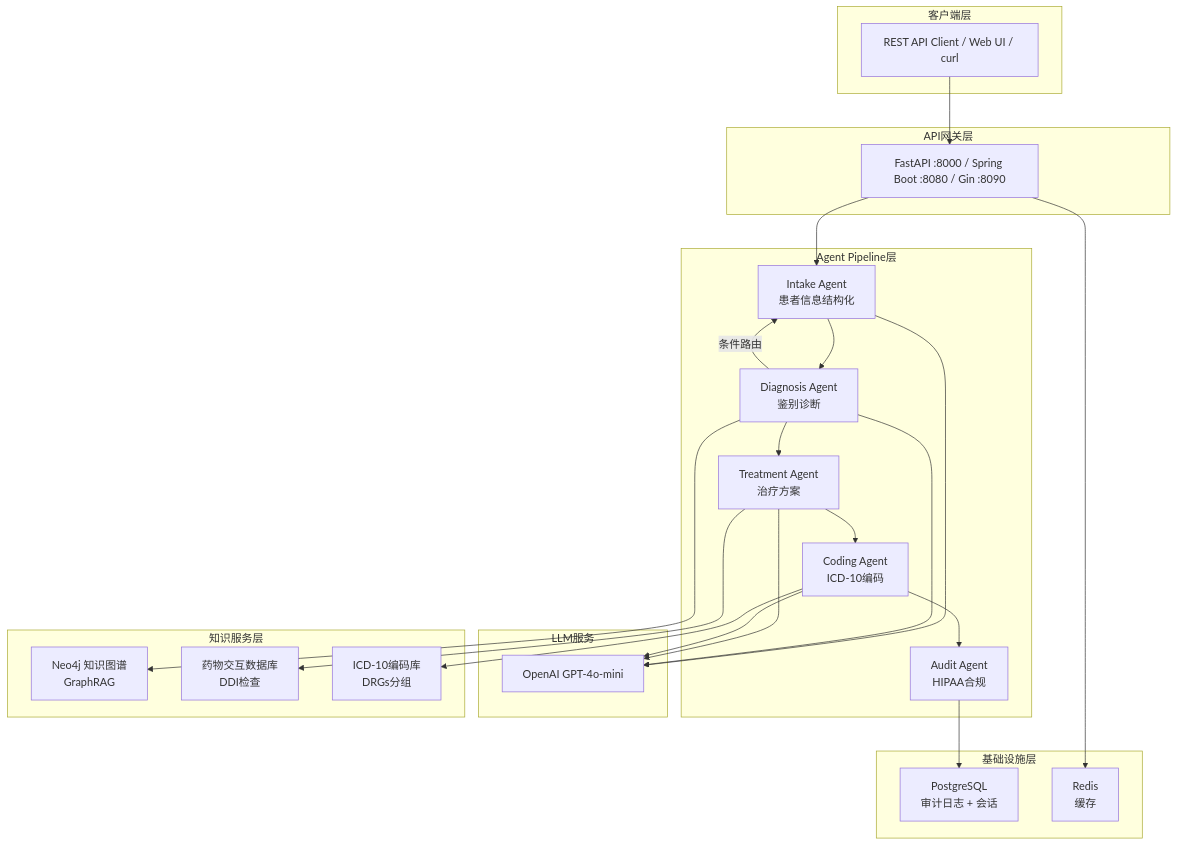
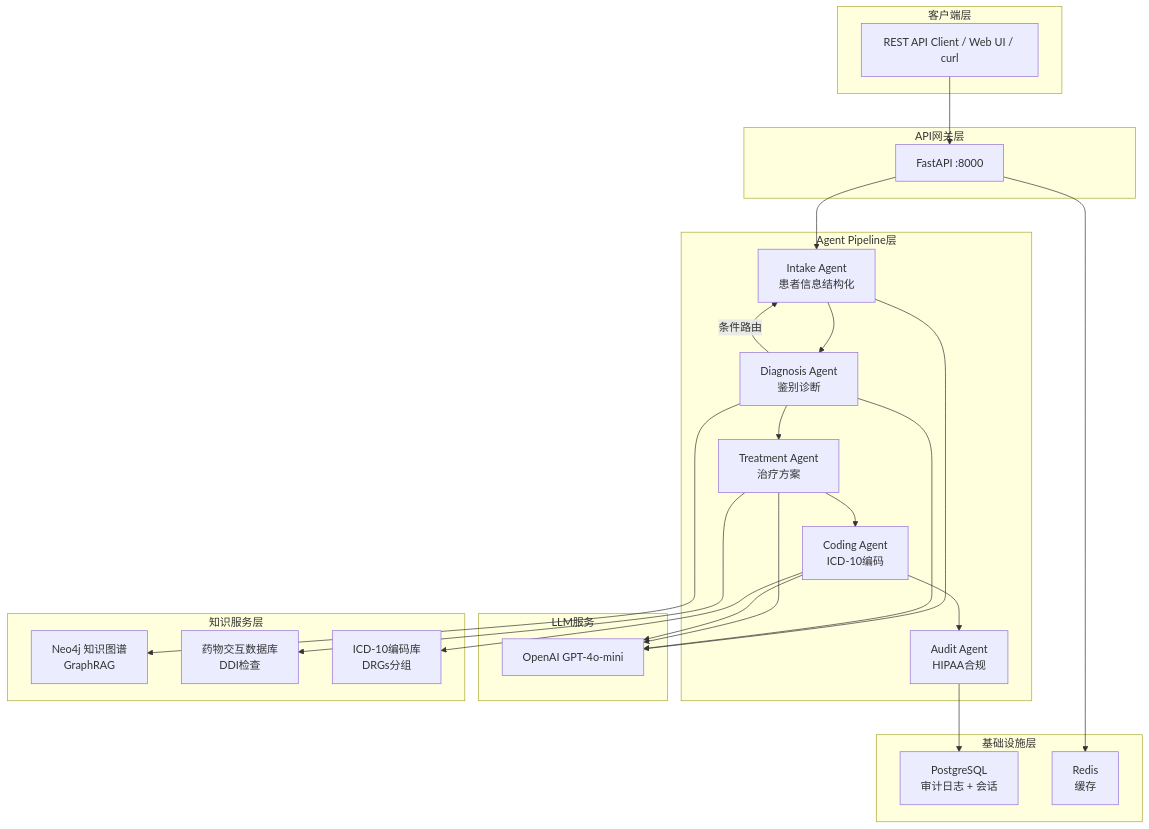
Before and after one commit to HenryVarro666/Medical-Multi-Agent-System: the diagram in docs/02-架构设计详解.md, drawn with Mermaid. The commit also changed other lines of this file and 33 other files, not shown here.

First line of the commit message:
Wire GraphRAG/DDI into pipeline, add retry guard + eval harness; run eval on local vLLM

````diff
--- a/docs/02-架构设计详解.md
+++ b/docs/02-架构设计详解.md
@@ -21,52 +20,52 @@
 ```mermaid
 graph TB
     subgraph "客户端层"
         A[REST API Client / Web UI / curl]
     end
 
     subgraph "API网关层"
-        B[FastAPI :8000 / Spring Boot :8080 / Gin :8090]
+        B[FastAPI :8000]
     end
 
     subgraph "Agent Pipeline层"
         IA[Intake Agent<br/>患者信息结构化]
         DA[Diagnosis Agent<br/>鉴别诊断]
         TA[Treatment Agent<br/>治疗方案]
         CA[Coding Agent<br/>ICD-10编码]
         AA[Audit Agent<br/>HIPAA合规]
     end
 
     subgraph "LLM服务"
         LLM[OpenAI GPT-4o-mini]
     end
 
     subgraph "知识服务层"
         NEO[Neo4j 知识图谱<br/>GraphRAG]
         DDI[药物交互数据库<br/>DDI检查]
         ICD[ICD-10编码库<br/>DRGs分组]
     end
 
     subgraph "基础设施层"
         PG[PostgreSQL<br/>审计日志 + 会话]
         RD[Redis<br/>缓存]
     end
 
     A --> B
     B --> IA
     IA --> DA
     DA -->|条件路由| IA
     DA --> TA
     TA --> CA
     CA --> AA
 
     IA --> LLM
     DA --> LLM
     TA --> LLM
     CA --> LLM
 
     DA --> NEO
     TA --> DDI
     CA --> ICD
     AA --> PG
     B --> RD
 ```
````
